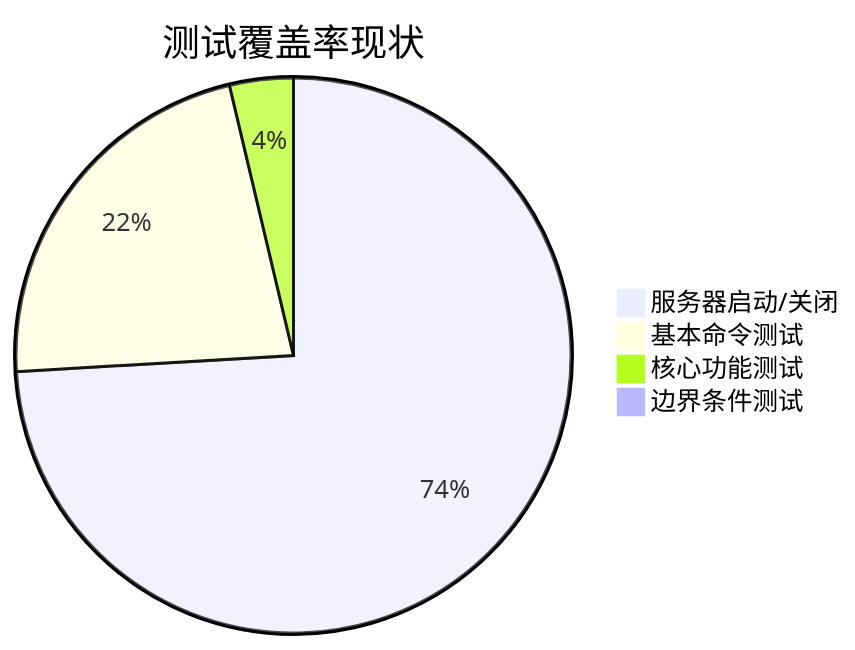
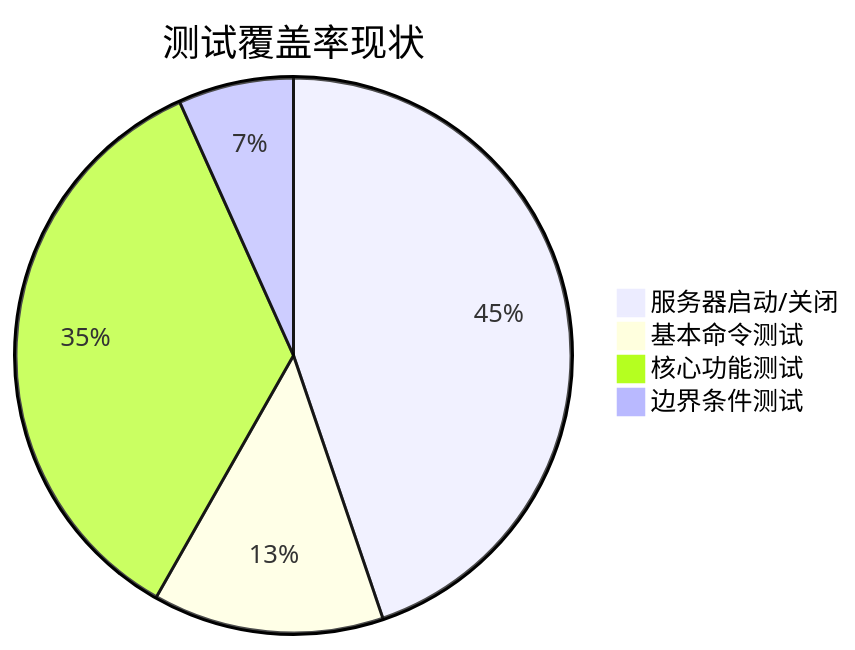
One commit to WavesMan/YoPost changed the diagram in docs/DEV_STATUS.md. Above: the diagram before and after it, drawn with Mermaid. The commit also changed other lines of this file and 3 other files, not shown here.

````diff
--- a/docs/DEV_STATUS.md
+++ b/docs/DEV_STATUS.md
@@ -15,8 +15,8 @@
 ```mermaid
 pie
     title 测试覆盖率现状
     "服务器启动/关闭" : 100
     "基本命令测试" : 30
-    "核心功能测试" : 5
-    "边界条件测试" : 0
+    "核心功能测试" : 78.3
+    "边界条件测试" : 15
 ```
````
